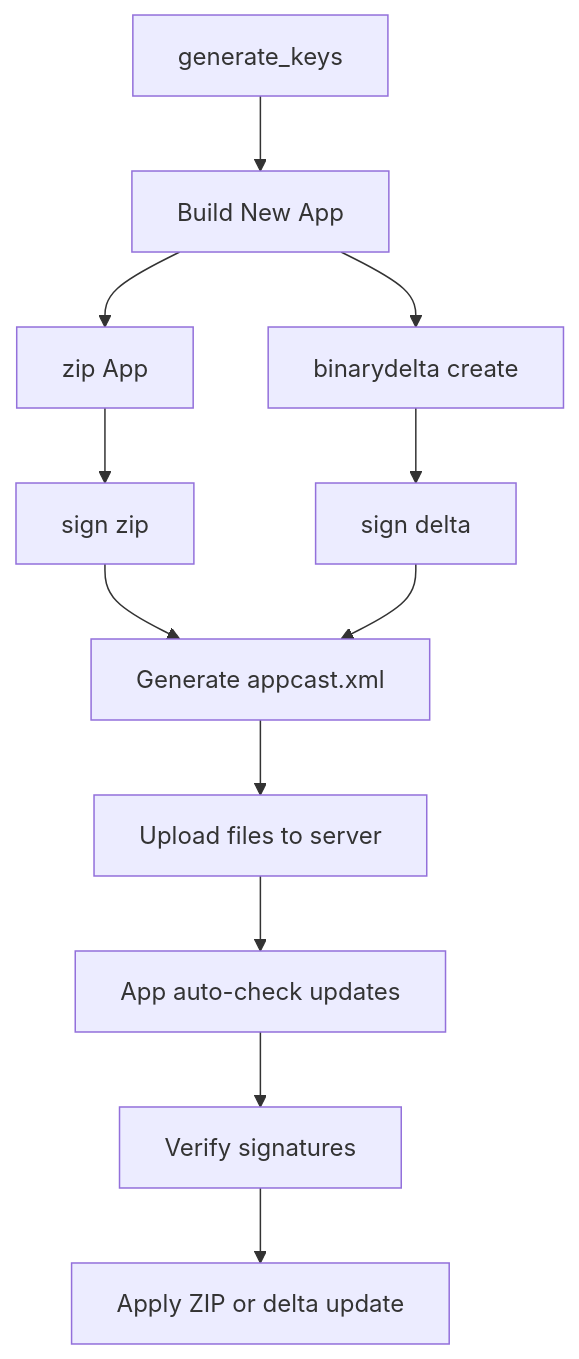
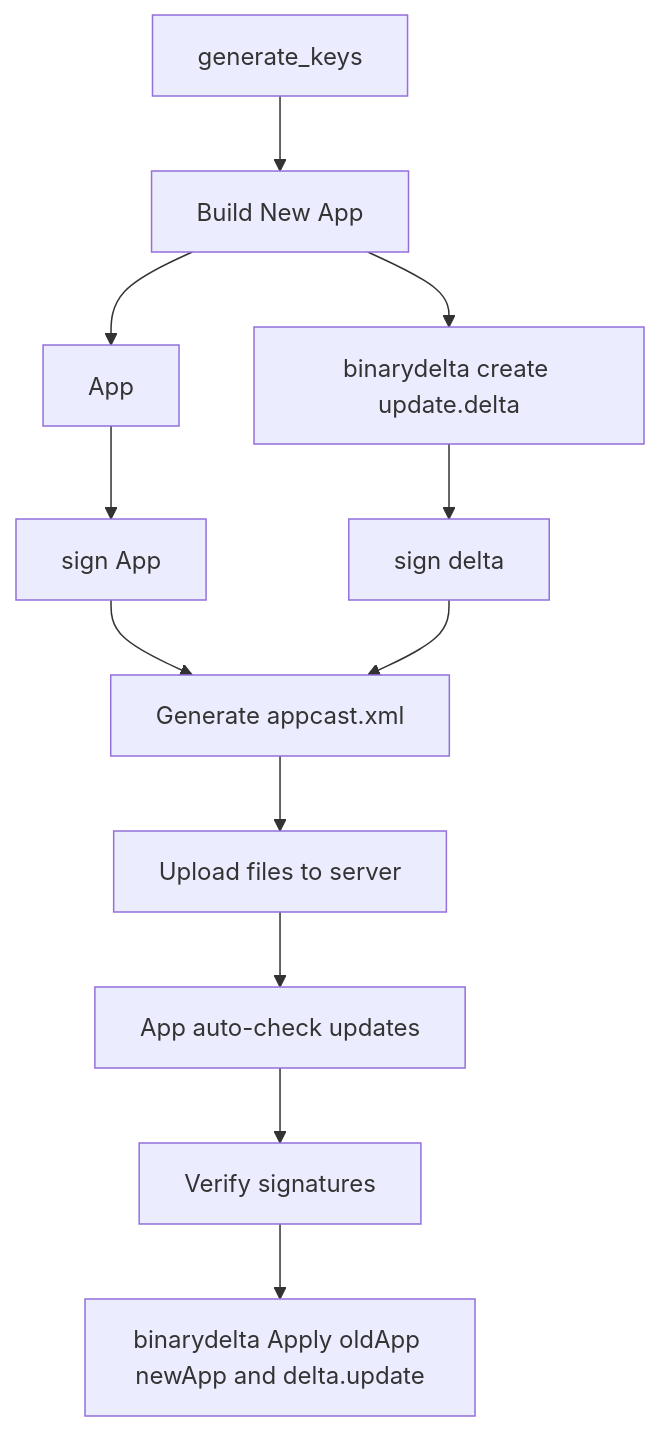
Before and after one commit to xuan139/SparkleUpdateTool: the diagram in README.md, drawn with Mermaid. The commit also changed other lines of this file, not shown here.

Commit message:
update usage of binarydelta creat and  binarydelta apply

````diff
--- a/README.md
+++ b/README.md
@@ -119,13 +119,14 @@
 ```mermaid
 graph TD
   A[generate_keys] --> B[Build New App]
-  B --> C[zip App]
-  C --> D[sign zip]
-  B --> E[binarydelta create]
+  B --> C[ App ]
+  C --> D[ sign App]
+  B --> E[binarydelta create update.delta]
   E --> F[sign delta]
   D & F --> G[Generate appcast.xml]
   G --> H[Upload files to server]
   H --> I[App auto-check updates]
   I --> J[Verify signatures]
-  J --> K[Apply ZIP or delta update]
+  J --> K[binarydelta Apply oldApp newApp and delta.update]
+  
 ```
````
